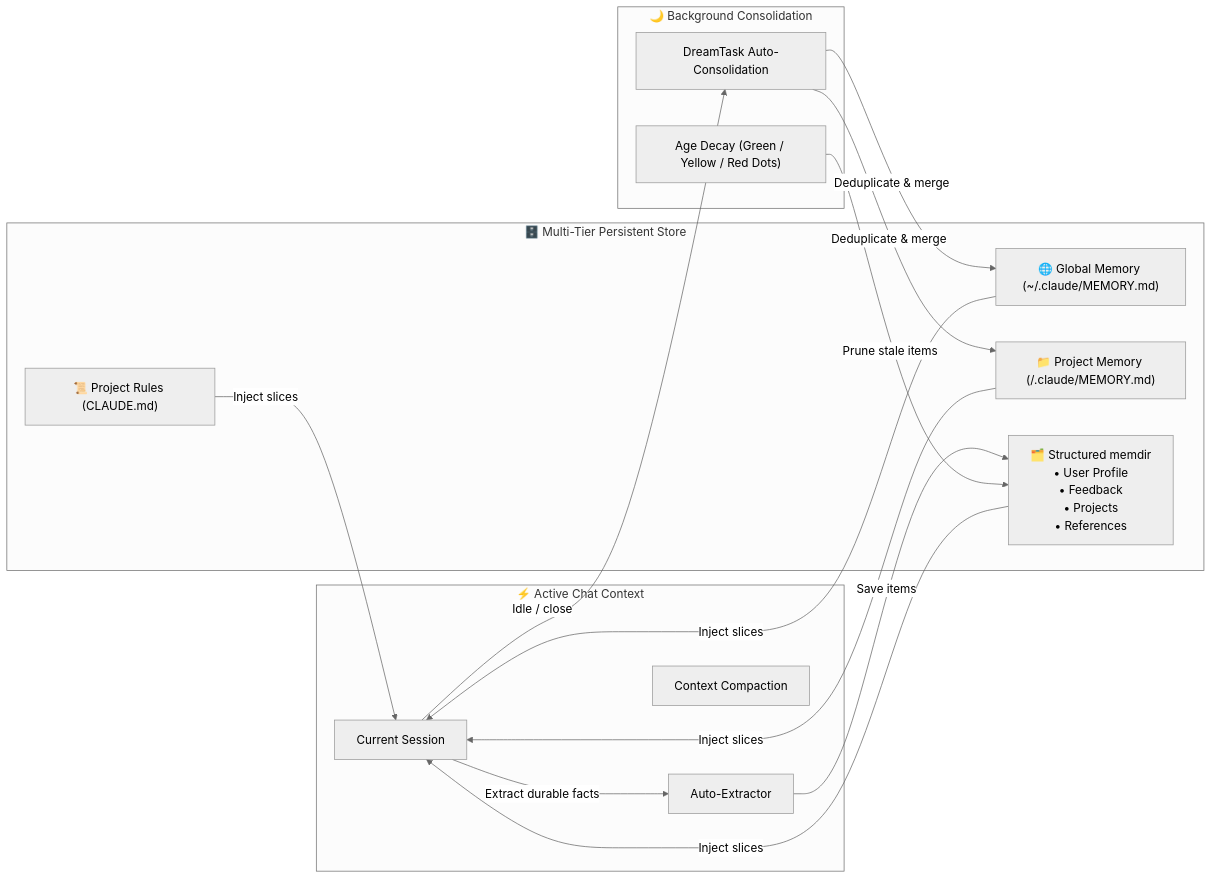
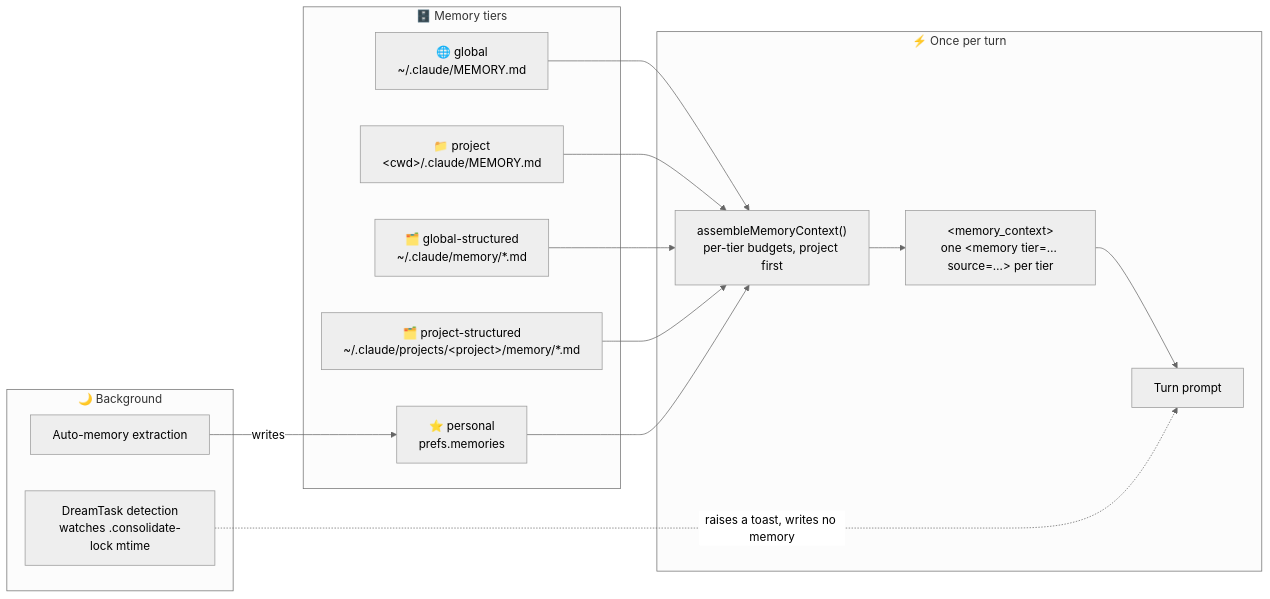
One commit to CipherSlinger/AIPA changed the fourth of 4 diagrams in README_EN.md. Above: the diagram before and after it, drawn with Mermaid (neutral theme). The commit also changed other lines of this file and 53 other files, not shown here.

````diff
--- a/README_EN.md
+++ b/README_EN.md
@@ -530,27 +579,26 @@
 ```mermaid
 graph LR
-    subgraph ActiveChat["⚡ Active Chat Context"]
-        CurrentSession["Current Session"]
-        AutoExtract["Auto-Extractor"]
-        CompactEngine["Context Compaction"]
+    subgraph Stores["🗄️ Memory tiers"]
+        GlobalDoc["🌐 global<br/>~/.claude/MEMORY.md"]
+        ProjectDoc["📁 project<br/>&lt;cwd&gt;/.claude/MEMORY.md"]
+        GlobalStructured["🗂️ global-structured<br/>~/.claude/memory/*.md"]
+        ProjectStructured["🗂️ project-structured<br/>~/.claude/projects/&lt;project&gt;/memory/*.md"]
+        Personal["⭐ personal<br/>prefs.memories"]
     end
 
-    subgraph MemoryArchitecture["🗄️ Multi-Tier Persistent Store"]
-        GlobalDoc["🌐 Global Memory (~/.claude/MEMORY.md)"]
-        ProjectDoc["📁 Project Memory (<repo>/.claude/MEMORY.md)"]
-        StructuredMem["🗂️ Structured memdir<br/>• User Profile<br/>• Feedback<br/>• Projects<br/>• References"]
-        RuleFiles["📜 Project Rules (CLAUDE.md)"]
+    subgraph PerTurn["⚡ Once per turn"]
+        Assemble["assembleMemoryContext()<br/>per-tier budgets, project first"]
+        Context["&lt;memory_context&gt;<br/>one &lt;memory tier=… source=…&gt; per tier"]
+        Prompt["Turn prompt"]
     end
 
-    subgraph BackgroundConsolidate["🌙 Background Consolidation"]
-        DreamConsolidate["DreamTask Auto-Consolidation"]
-        TimeDecay["Age Decay (Green / Yellow / Red Dots)"]
+    subgraph Background["🌙 Background"]
+        Auto["Auto-memory extraction"]
+        Dream["DreamTask detection<br/>watches .consolidate-lock mtime"]
     end
 
-    CurrentSession -->|Extract durable facts| AutoExtract
-    AutoExtract -->|Save items| StructuredMem
-    CurrentSession -->|Idle / close| DreamConsolidate
-    DreamConsolidate -->|Deduplicate & merge| GlobalDoc & ProjectDoc
-    TimeDecay -->|Prune stale items| StructuredMem
-    GlobalDoc & ProjectDoc & StructuredMem & RuleFiles -->|Inject slices| CurrentSession
+    Auto -->|writes| Personal
+    GlobalDoc & ProjectDoc & GlobalStructured & ProjectStructured & Personal --> Assemble
+    Assemble --> Context --> Prompt
+    Dream -.->|raises a toast, writes no memory| Prompt
 ```
````
